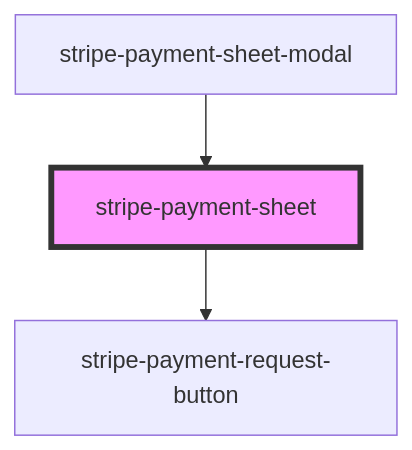
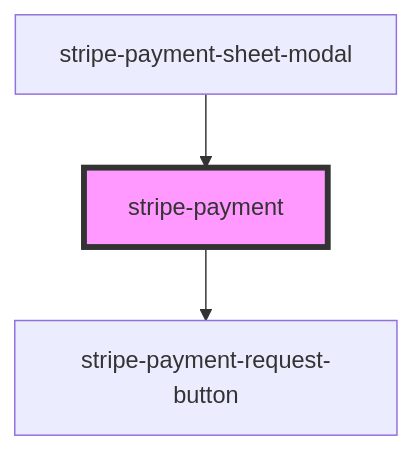
One commit to wpkyoto/stripe-pwa-elements changed the diagram in src/components/stripe-payment-sheet/readme.md. Above: the diagram before and after it, drawn with Mermaid. The commit also changed 7 other files, not shown here.

Commit message:
breaking-change: rename from stripe-payment-sheet to stripe-payment

````diff
--- a/src/components/stripe-payment-sheet/readme.md
+++ b/src/components/stripe-payment-sheet/readme.md
@@ -83,6 +83,6 @@
 ```mermaid
 graph TD;
-  stripe-payment-sheet --> stripe-payment-request-button
-  stripe-payment-sheet-modal --> stripe-payment-sheet
-  style stripe-payment-sheet fill:#f9f,stroke:#333,stroke-width:4px
+  stripe-payment --> stripe-payment-request-button
+  stripe-payment-sheet-modal --> stripe-payment
+  style stripe-payment fill:#f9f,stroke:#333,stroke-width:4px
 ```
````
